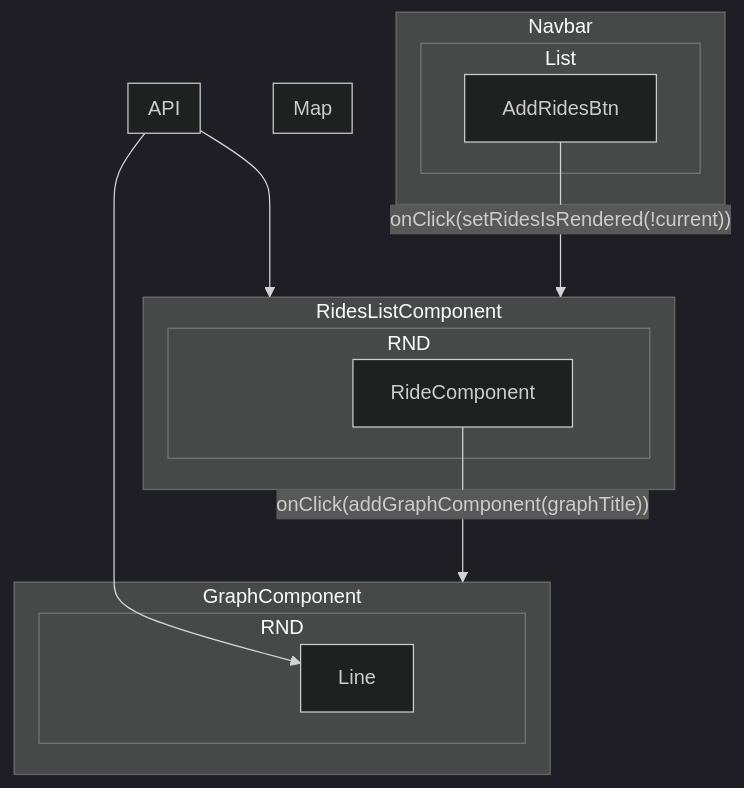
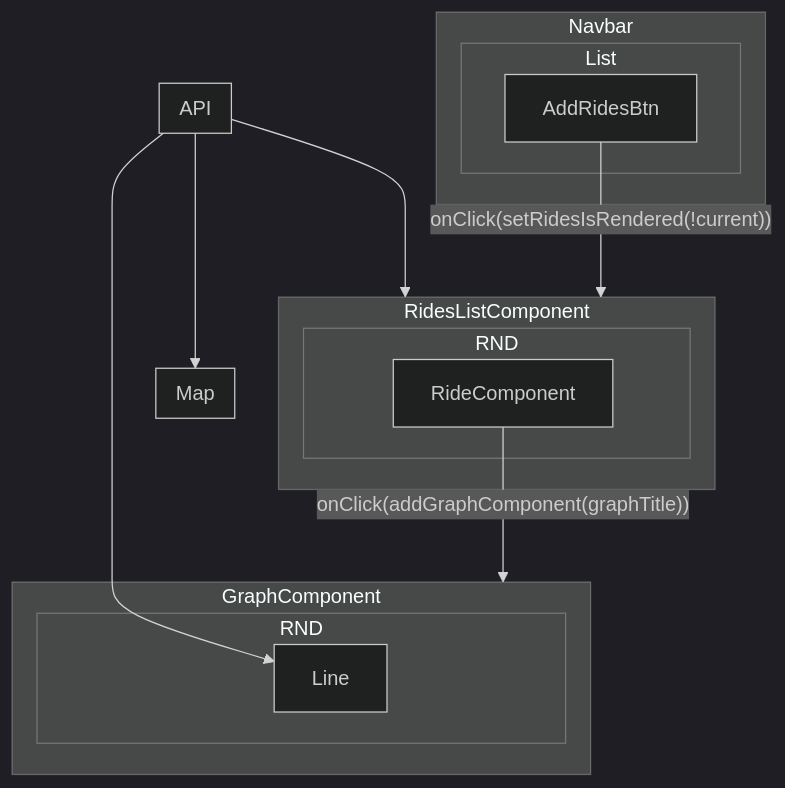
Before and after one commit to DTU-Master-Courses/LiraMapFrontEnd: the diagram in docs/front_end_model.mmd, drawn with Mermaid (dark theme). The commit also changed 8 other files, not shown here.

```diff
--- a/docs/front_end_model.mmd
+++ b/docs/front_end_model.mmd
@@ -1,25 +1,26 @@
 flowchart TB
     AddRidesBtn -- "onClick(setRidesIsRendered(!current))" --> RidesListComponent
     RideComponent -- "onClick(addGraphComponent(graphTitle))" --> GraphComponent
 
     API --> RidesListComponent
     API --> Line
+    API --> Map
     subgraph Navbar
         subgraph List
         AddRidesBtn
         end
     end
     subgraph Map
     end
     subgraph GraphComponent
         subgraph RND 
             Line
         end
     end
     subgraph RidesListComponent
         subgraph RND
             RideComponent
         end
     end
     subgraph API
     end
```
